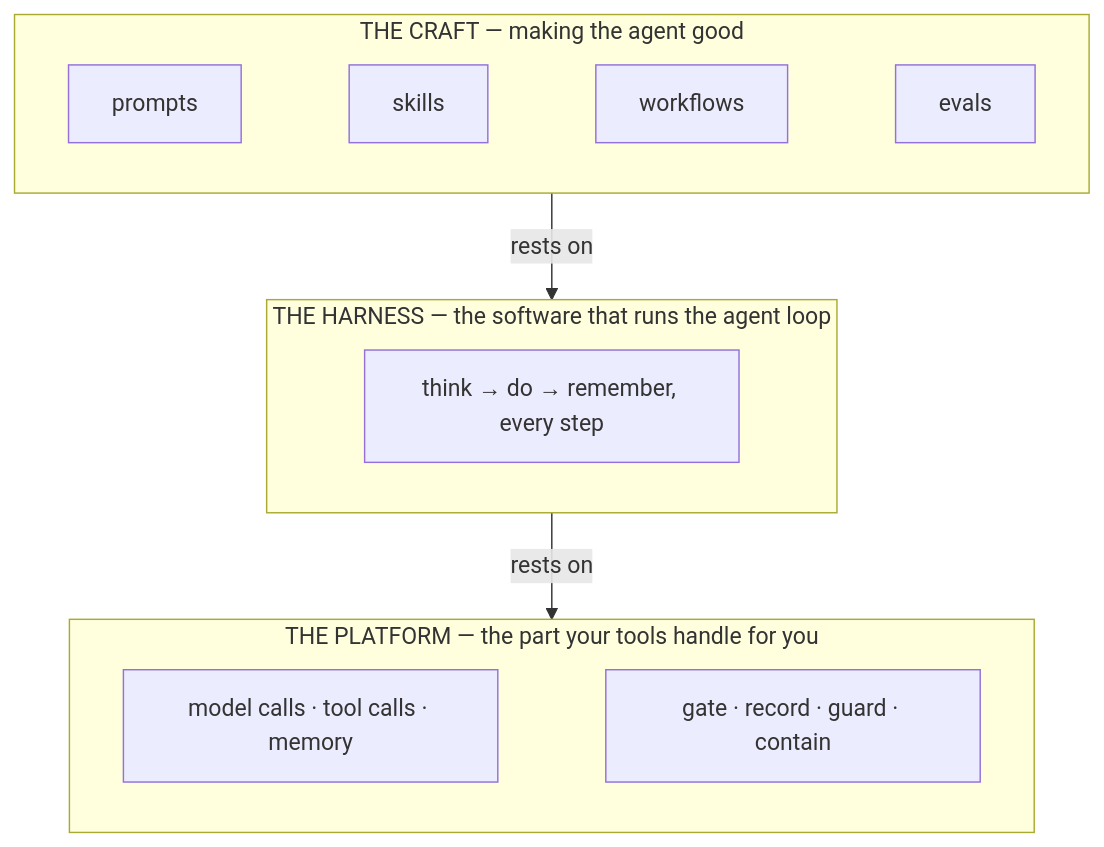
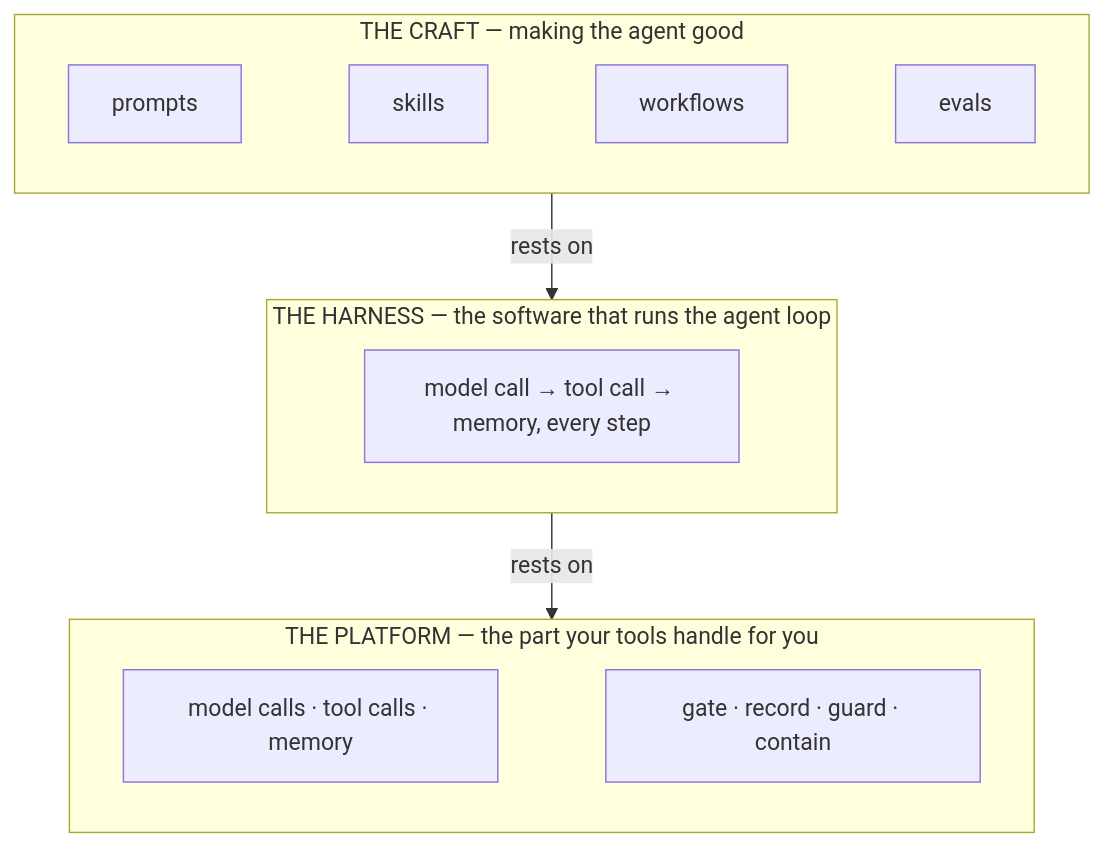
The fifth of 15 diagrams in docs/stack-slides.md (tilsley/creance), drawn with Mermaid before and after one commit. The commit also changed other lines of this file, not shown here.

First line of the commit message:
docs(slides): replace think/do/remember with concrete model call/tool call/memory throughout

````diff
--- a/docs/stack-slides.md
+++ b/docs/stack-slides.md
@@ -63,16 +63,16 @@
 ```mermaid
 flowchart TB
   subgraph CRAFT["THE CRAFT — making the agent good"]
     direction LR
     Pr["prompts"] ~~~ Sk["skills"] ~~~ Wf["workflows"] ~~~ Ev["evals"]
   end
   subgraph HARNESS["THE HARNESS — the software that runs the agent loop"]
-    L["think → do → remember, every step"]
+    L["model call → tool call → memory, every step"]
   end
   subgraph PLATFORM["THE PLATFORM — the part your tools handle for you"]
     direction LR
     P["model calls · tool calls · memory"] ~~~ Ct["gate · record · guard · contain"]
   end
   CRAFT -->|"rests on"| HARNESS
   HARNESS -->|"rests on"| PLATFORM
 ```
````
